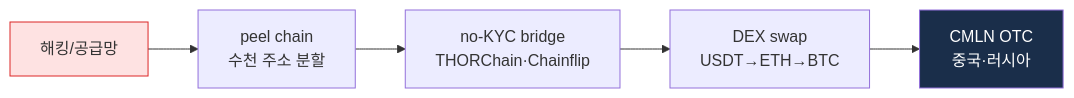
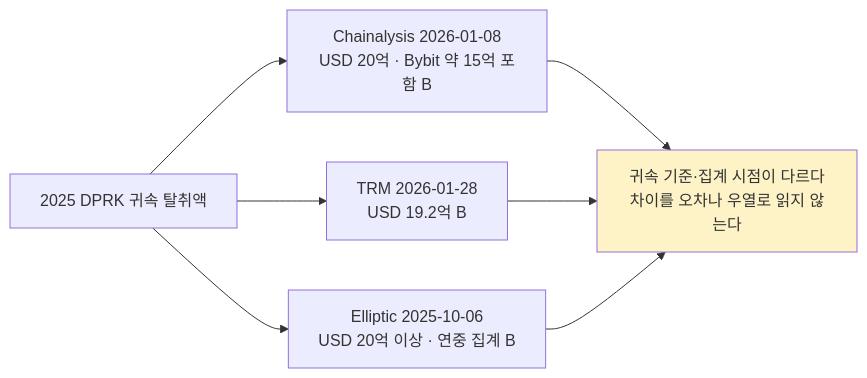
Before and after one commit to lala-david/aml-notes: the second of 2 diagrams in curriculum/day_50.md, drawn with Mermaid. The commit also changed other lines of this file and 233 other files, not shown here.

````diff
--- a/curriculum/day_50.md
+++ b/curriculum/day_50.md
@@ -63,9 +66,10 @@
 ```mermaid
 flowchart LR
-    H["해킹/공급망"] --> P["peel chain<br/>수천 주소 분할"]
-    P --> B["no-KYC bridge<br/>THORChain·Chainflip"]
-    B --> D["DEX swap<br/>USDT→ETH→BTC"]
-    D --> O["CMLN OTC<br/>중국·러시아"]
-    style H fill:#fee2e2,stroke:#dc2626
-    style O fill:#1a2e4a,color:#fff
+    Q["2025 DPRK 귀속 탈취액"] --> C["Chainalysis 2026-01-08<br/>USD 20억 · Bybit 약 15억 포함 B"]
+    Q --> T["TRM 2026-01-28<br/>USD 19.2억 B"]
+    Q --> E["Elliptic 2025-10-06<br/>USD 20억 이상 · 연중 집계 B"]
+    C --> N["귀속 기준·집계 시점이 다르다<br/>차이를 오차나 우열로 읽지 않는다"]
+    T --> N
+    E --> N
+    style N fill:#fef3c7
 ```
````
